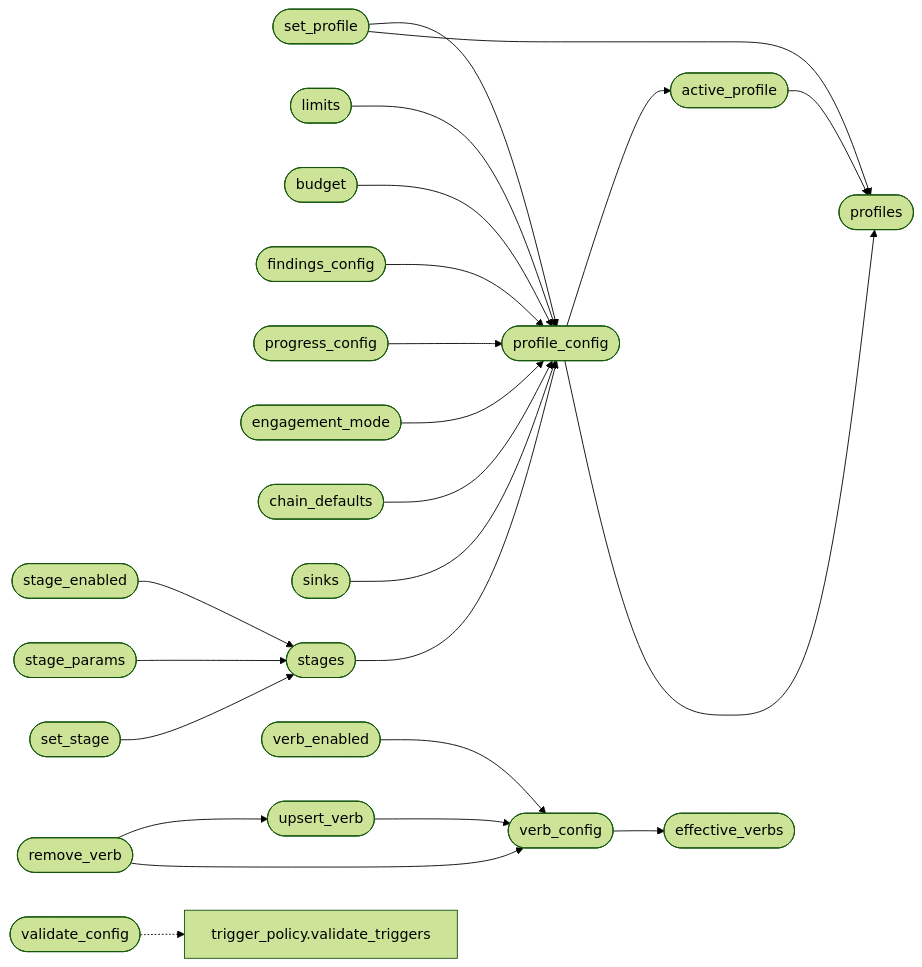
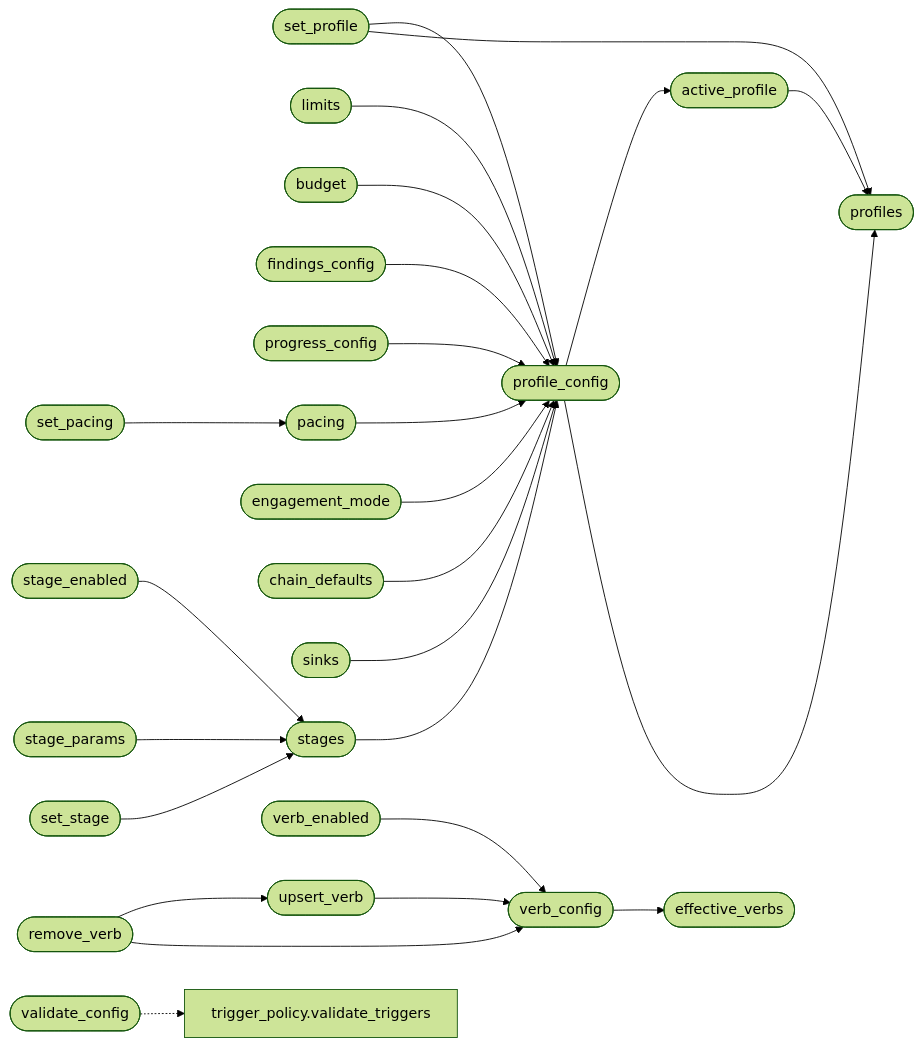
The diagram in readmenator-apidocs/modules/modules.orchestrator_config.py.md (grisuno/LazyOwn), drawn with Mermaid (forest theme) before and after one commit. The commit also changed other lines of this file and 496 other files, not shown here.

````diff
--- a/readmenator-apidocs/modules/modules.orchestrator_config.py.md
+++ b/readmenator-apidocs/modules/modules.orchestrator_config.py.md
@@ -25,47 +25,51 @@
 ```mermaid
 flowchart LR
     n_modules_orchestrator_config_py__active_profile(["active_profile"])
     n_modules_orchestrator_config_py__profiles(["profiles"])
     n_modules_orchestrator_config_py__profile_config(["profile_config"])
     n_modules_orchestrator_config_py__set_profile(["set_profile"])
     n_modules_orchestrator_config_py__limits(["limits"])
     n_modules_orchestrator_config_py__budget(["budget"])
     n_modules_orchestrator_config_py__findings_config(["findings_config"])
     n_modules_orchestrator_config_py__progress_config(["progress_config"])
+    n_modules_orchestrator_config_py__pacing(["pacing"])
+    n_modules_orchestrator_config_py__set_pacing(["set_pacing"])
     n_modules_orchestrator_config_py__engagement_mode(["engagement_mode"])
     n_modules_orchestrator_config_py__chain_defaults(["chain_defaults"])
     n_modules_orchestrator_config_py__sinks(["sinks"])
     n_modules_orchestrator_config_py__stages(["stages"])
     n_modules_orchestrator_config_py__stage_enabled(["stage_enabled"])
     n_modules_orchestrator_config_py__stage_params(["stage_params"])
     n_modules_orchestrator_config_py__set_stage(["set_stage"])
     n_modules_orchestrator_config_py__verb_config(["verb_config"])
     n_modules_orchestrator_config_py__effective_verbs(["effective_verbs"])
     n_modules_orchestrator_config_py__verb_enabled(["verb_enabled"])
     n_modules_orchestrator_config_py__upsert_verb(["upsert_verb"])
     n_modules_orchestrator_config_py__remove_verb(["remove_verb"])
     n_modules_orchestrator_config_py__validate_config(["validate_config"])
     n_modules_trigger_policy_py__validate_triggers["trigger_policy.validate_triggers"]
     n_modules_orchestrator_config_py__active_profile --> n_modules_orchestrator_config_py__profiles
     n_modules_orchestrator_config_py__profile_config --> n_modules_orchestrator_config_py__active_profile
     n_modules_orchestrator_config_py__profile_config --> n_modules_orchestrator_config_py__profiles
     n_modules_orchestrator_config_py__set_profile --> n_modules_orchestrator_config_py__profile_config
     n_modules_orchestrator_config_py__set_profile --> n_modules_orchestrator_config_py__profiles
     n_modules_orchestrator_config_py__limits --> n_modules_orchestrator_config_py__profile_config
     n_modules_orchestrator_config_py__budget --> n_modules_orchestrator_config_py__profile_config
     n_modules_orchestrator_config_py__findings_config --> n_modules_orchestrator_config_py__profile_config
     n_modules_orchestrator_config_py__progress_config --> n_modules_orchestrator_config_py__profile_config
+    n_modules_orchestrator_config_py__pacing --> n_modules_orchestrator_config_py__profile_config
+    n_modules_orchestrator_config_py__set_pacing --> n_modules_orchestrator_config_py__pacing
     n_modules_orchestrator_config_py__engagement_mode --> n_modules_orchestrator_config_py__profile_config
     n_modules_orchestrator_config_py__chain_defaults --> n_modules_orchestrator_config_py__profile_config
     n_modules_orchestrator_config_py__sinks --> n_modules_orchestrator_config_py__profile_config
     n_modules_orchestrator_config_py__stages --> n_modules_orchestrator_config_py__profile_config
     n_modules_orchestrator_config_py__stage_enabled --> n_modules_orchestrator_config_py__stages
     n_modules_orchestrator_config_py__stage_params --> n_modules_orchestrator_config_py__stages
     n_modules_orchestrator_config_py__set_stage --> n_modules_orchestrator_config_py__stages
     n_modules_orchestrator_config_py__verb_config --> n_modules_orchestrator_config_py__effective_verbs
     n_modules_orchestrator_config_py__verb_enabled --> n_modules_orchestrator_config_py__verb_config
     n_modules_orchestrator_config_py__upsert_verb --> n_modules_orchestrator_config_py__verb_config
     n_modules_orchestrator_config_py__remove_verb --> n_modules_orchestrator_config_py__upsert_verb
     n_modules_orchestrator_config_py__remove_verb --> n_modules_orchestrator_config_py__verb_config
     n_modules_orchestrator_config_py__validate_config -.-> n_modules_trigger_policy_py__validate_triggers
 ```
````
